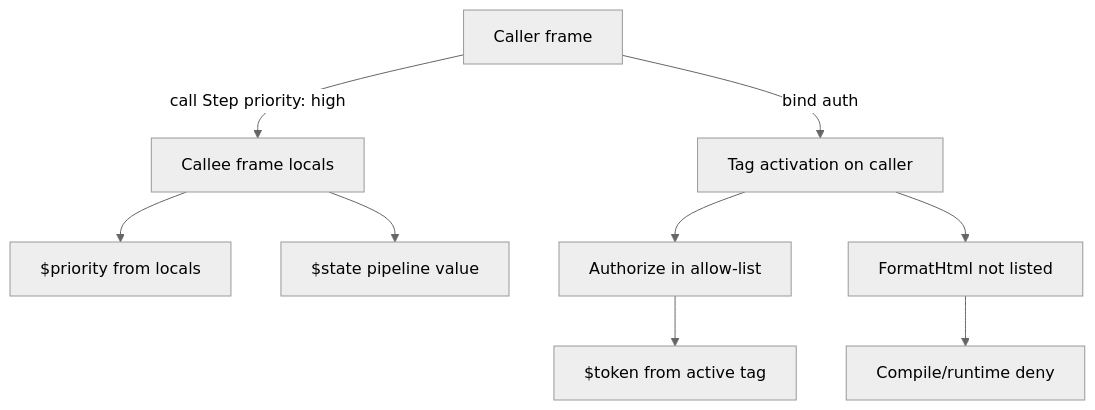
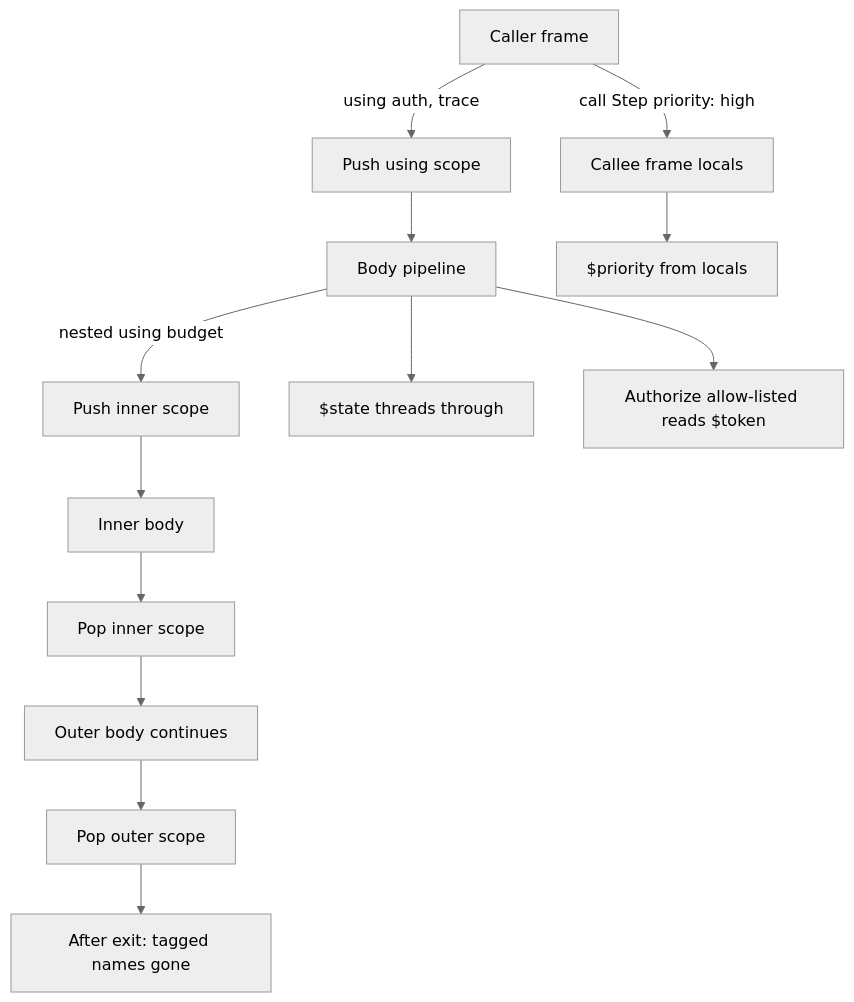
One commit to EntasisLabs/grapheme changed the diagram in docs/internal/rfc/rfc-0004-params-and-tagged-vars-v1.md. Above: the diagram before and after it, drawn with Mermaid (neutral theme). The commit also changed other lines of this file, not shown here.

First line of the commit message:
Revise RFC-0004 tags to scoped using bindings

````diff
--- a/docs/internal/rfc/rfc-0004-params-and-tagged-vars-v1.md
+++ b/docs/internal/rfc/rfc-0004-params-and-tagged-vars-v1.md
@@ -456,11 +595,15 @@
 ```mermaid
 flowchart TD
   A[Caller frame] -->|call Step priority: high| B[Callee frame locals]
-  A -->|bind auth| C[Tag activation on caller]
-  B --> D["$priority from locals"]
-  B --> E["$state pipeline value"]
-  F[Authorize in allow-list] --> G["$token from active tag"]
-  H[FormatHtml not listed] --> I[Compile/runtime deny]
-  C --> F
-  C --> H
+  A -->|using auth, trace| C[Push using scope]
+  C --> D[Body pipeline]
+  D -->|nested using budget| E[Push inner scope]
+  E --> F[Inner body]
+  F --> G[Pop inner scope]
+  G --> H[Outer body continues]
+  H --> I[Pop outer scope]
+  B --> J["$priority from locals"]
+  D --> K["$state threads through"]
+  D --> L[Authorize allow-listed reads $token]
+  I --> M[After exit: tagged names gone]
 ```
````
